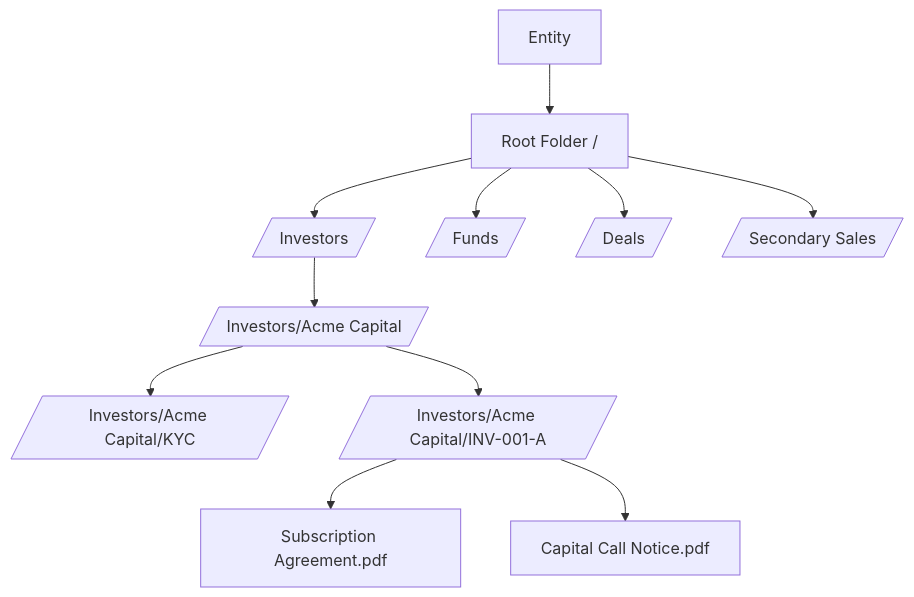
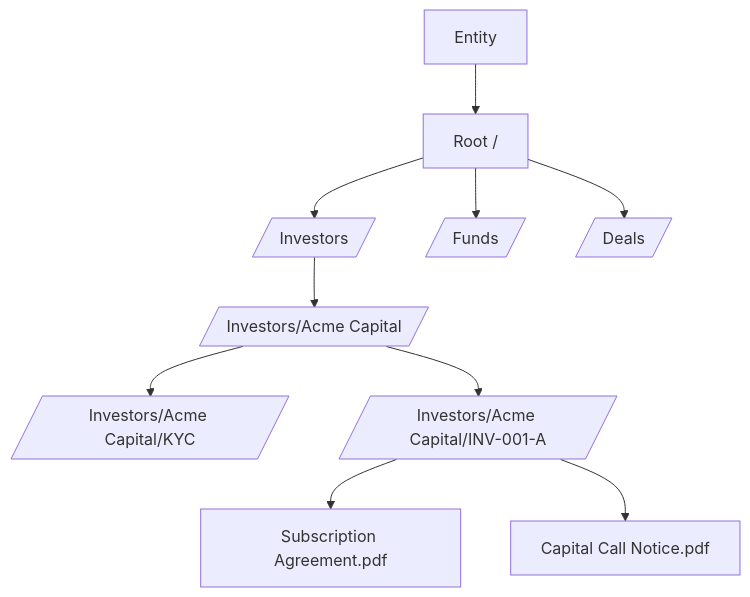
Before and after one commit to sampadadiwan/IRM_CompanyMain: the first of 3 diagrams in docs/user_guides/document_management_user_guide.md, drawn with Mermaid. The commit also changed other lines of this file and 21 other files, not shown here.

````diff
--- a/docs/user_guides/document_management_user_guide.md
+++ b/docs/user_guides/document_management_user_guide.md
@@ -52,13 +52,12 @@
 ```mermaid
 graph TD
-    Entity --> RootFolder[Root Folder /]
-    RootFolder --> Investors[/Investors/]
-    RootFolder --> Funds[/Funds/]
-    RootFolder --> Deals[/Deals/]
-    RootFolder --> SecSales[/Secondary Sales/]
+    Entity --> Root[Root /]
+    Root --> Investors[/Investors/]
+    Root --> Funds[/Funds/]
+    Root --> Deals[/Deals/]
     Investors --> Inv1[/Investors/Acme Capital/]
     Inv1 --> KYC[/Investors/Acme Capital/KYC/]
-    Inv1 --> Commitments[/Investors/Acme Capital/INV-001-A/]
-    Commitments --> Doc1[Subscription Agreement.pdf]
-    Commitments --> Doc2[Capital Call Notice.pdf]
+    Inv1 --> Folio[/Investors/Acme Capital/INV-001-A/]
+    Folio --> D1[Subscription Agreement.pdf]
+    Folio --> D2[Capital Call Notice.pdf]
 ```
````
